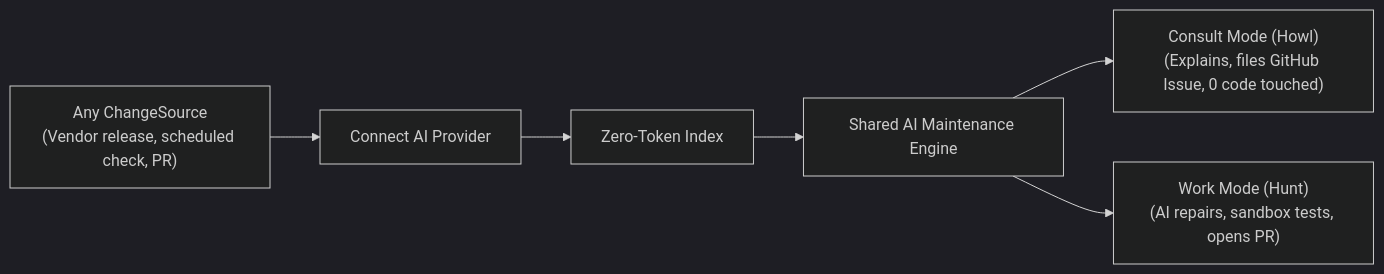
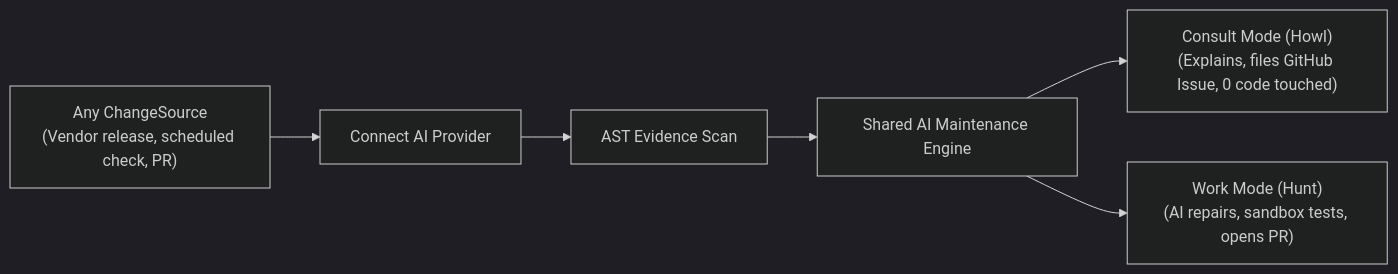
The first of 3 diagrams in docs/SYSTEM_MAP.md (Devaretanmay/HAVFRYS), drawn with Mermaid (dark theme) before and after one commit. The commit also changed other lines of this file and 27 other files, not shown here.

Commit message:
feat: finalize AI-native maintenance architecture

````diff
--- a/docs/SYSTEM_MAP.md
+++ b/docs/SYSTEM_MAP.md
@@ -7,8 +7,8 @@
 ```mermaid
 flowchart LR
     A["Any ChangeSource<br/>(Vendor release, scheduled check, PR)"] --> B["Connect AI Provider"]
-    B --> C["Zero-Token Index"]
+    B --> C["AST Evidence Scan"]
     C --> D["Shared AI Maintenance Engine"]
     D --> E["Consult Mode (Howl)<br/>(Explains, files GitHub Issue, 0 code touched)"]
     D --> F["Work Mode (Hunt)<br/>(AI repairs, sandbox tests, opens PR)"]
 ```
````
